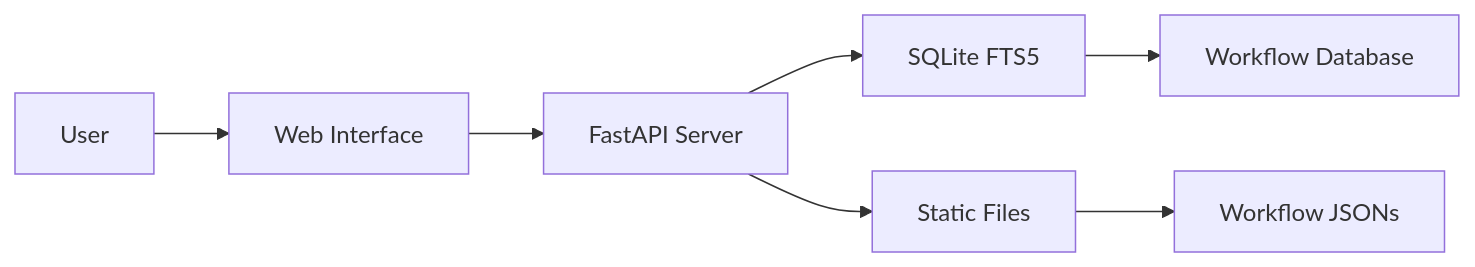
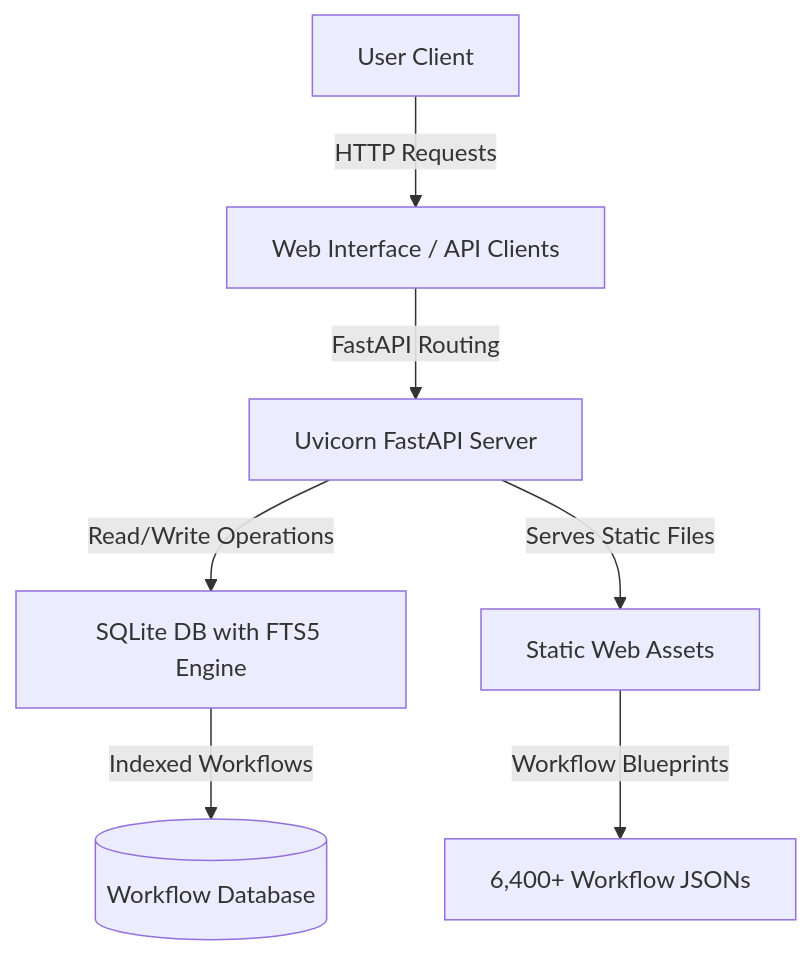
The diagram in README.md (aboalrejal-ai/n8n-workflows), drawn with Mermaid before and after one commit. The commit also changed other lines of this file and 4 other files, not shown here.

````diff
--- a/README.md
+++ b/README.md
@@ -128,9 +147,9 @@
 ```mermaid
-graph LR
-    A[User] --> B[Web Interface]
-    B --> C[FastAPI Server]
-    C --> D[SQLite FTS5]
-    D --> E[Workflow Database]
-    C --> F[Static Files]
-    F --> G[Workflow JSONs]
+graph TD
+    User[User Client] -->|HTTP Requests| UI[Web Interface / API Clients]
+    UI -->|FastAPI Routing| Server[Uvicorn FastAPI Server]
+    Server -->|Read/Write Operations| SQLite[SQLite DB with FTS5 Engine]
+    SQLite -->|Indexed Workflows| Workflows[(Workflow Database)]
+    Server -->|Serves Static Files| Static[Static Web Assets]
+    Static -->|Workflow Blueprints| JSONFiles[6,400+ Workflow JSONs]
 ```
````
